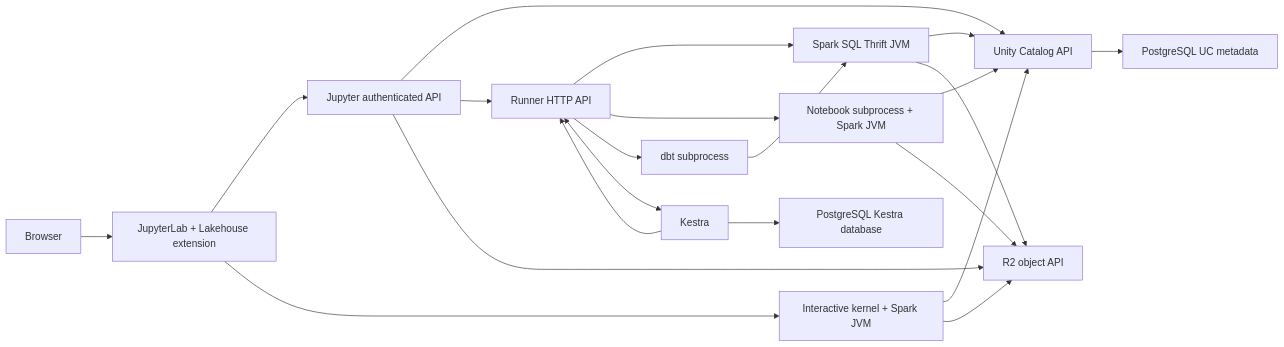
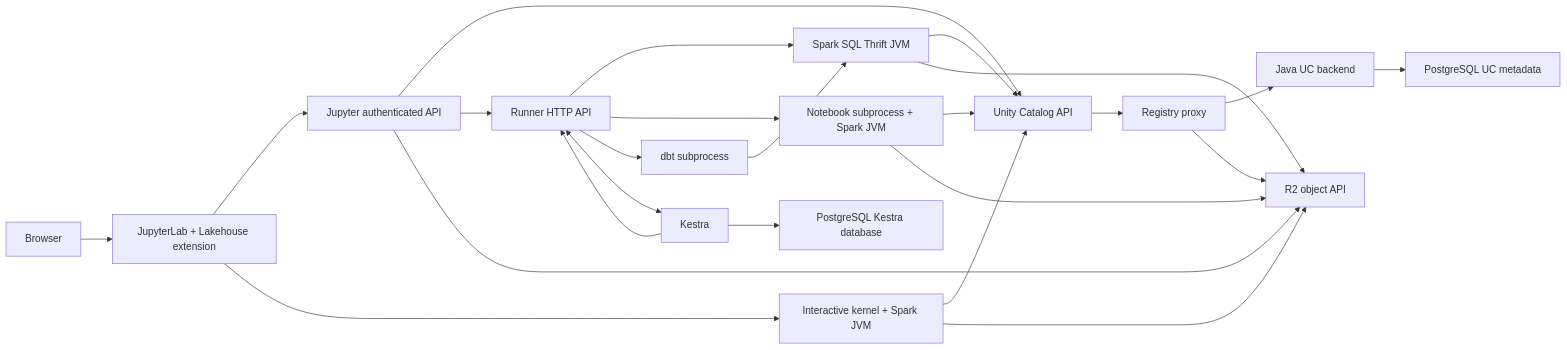
Before and after one commit to cedar-f/sh-lakehouse-src: the first of 2 diagrams in docs/ARCHITECTURE.md, drawn with Mermaid. The commit also changed other lines of this file and 35 other files, not shown here.

````diff
--- a/docs/ARCHITECTURE.md
+++ b/docs/ARCHITECTURE.md
@@ -7,23 +7,26 @@
 ```mermaid
 flowchart LR
   B[Browser] --> J[JupyterLab + Lakehouse extension]
   J --> A[Jupyter authenticated API]
   J --> N[Interactive kernel + Spark JVM]
   A --> U[Unity Catalog API]
   A --> R[Runner HTTP API]
   A --> O[R2 object API]
   R --> S[Spark SQL Thrift JVM]
   R --> Q[Notebook subprocess + Spark JVM]
   R --> D[dbt subprocess]
   D --> S
   R <--> K[Kestra]
   K --> R
   S --> U
   N --> U
   Q --> U
-  U --> P[PostgreSQL UC metadata]
+  U --> G[Registry proxy]
+  G --> V[Java UC backend]
+  G --> O
+  V --> P[PostgreSQL UC metadata]
   K --> P2[PostgreSQL Kestra database]
   S --> O
   N --> O
   Q --> O
 ```
````
